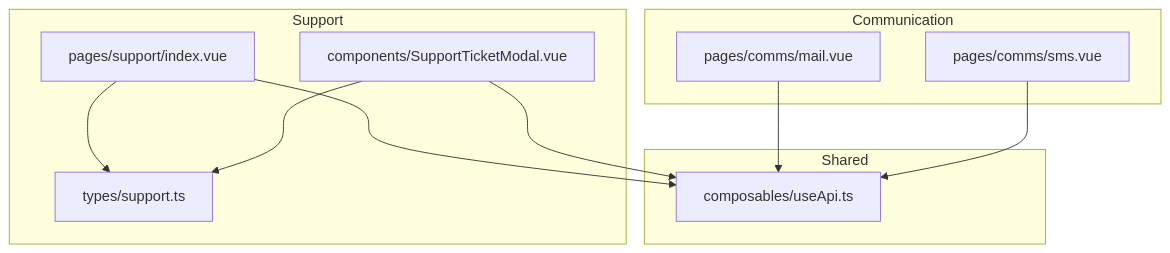
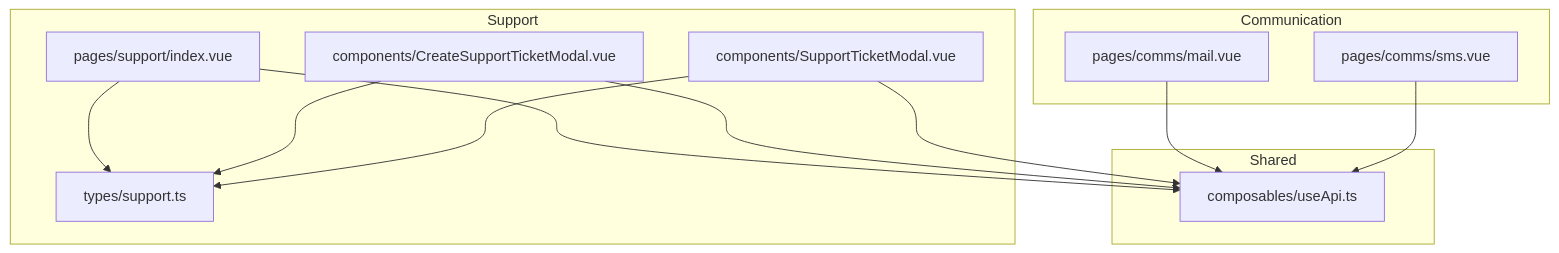
The first of 10 diagrams in .qoder/repowiki/en/content/Business Modules/Support & Communication.md (Lazynerd-Studios/lacarte-atlas-console), drawn with Mermaid before and after one commit. The commit also changed other lines of this file and 23 other files, not shown here.

````diff
--- a/.qoder/repowiki/en/content/Business Modules/Support & Communication.md
+++ b/.qoder/repowiki/en/content/Business Modules/Support & Communication.md
@@ -43,21 +54,24 @@
 ```mermaid
 graph TB
 subgraph "Support"
 SList["pages/support/index.vue"]
+SCreate["components/CreateSupportTicketModal.vue"]
 SDetail["components/SupportTicketModal.vue"]
 STypes["types/support.ts"]
 end
 subgraph "Communication"
 MCompose["pages/comms/mail.vue"]
 SMCompose["pages/comms/sms.vue"]
 end
 subgraph "Shared"
 Api["composables/useApi.ts"]
 end
 SList --> Api
+SCreate --> Api
 SDetail --> Api
 MCompose --> Api
 SMCompose --> Api
 SList --> STypes
+SCreate --> STypes
 SDetail --> STypes
 ```
````
